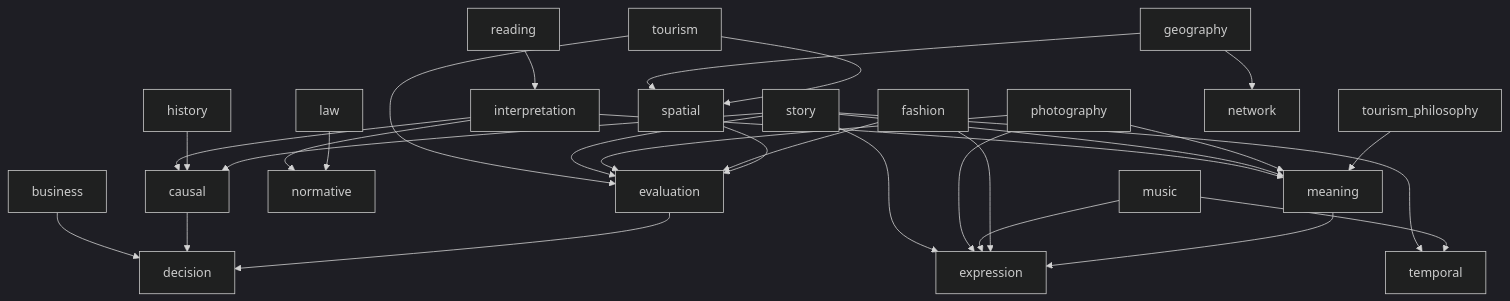
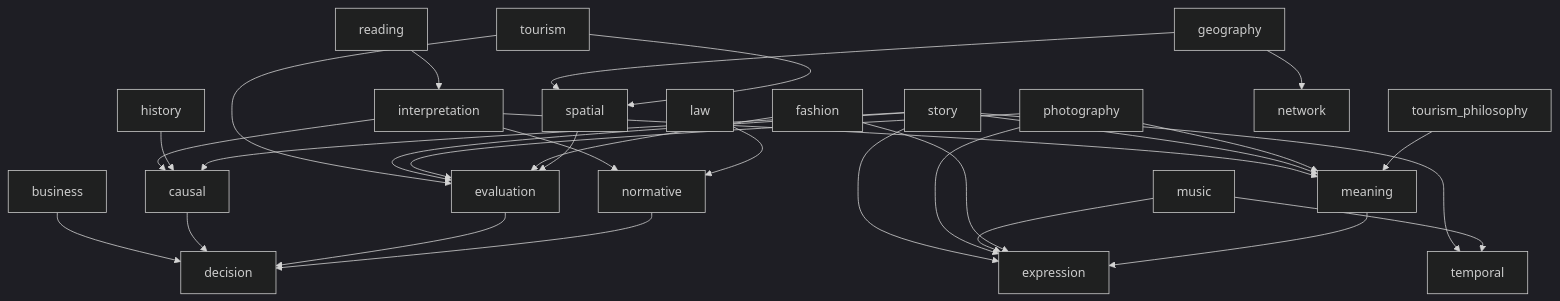
One commit to aokicreativeoffice/AokiCreativeOfficeGTD changed the second of 2 diagrams in 02_zettelkasten/21_domain/00 Domain Routing.md. Above: the diagram before and after it, drawn with Mermaid (dark theme).

Commit message:
vault backup: 2026-03-21 16:00:51

````diff
--- a/02_zettelkasten/21_domain/00 Domain Routing.md
+++ b/02_zettelkasten/21_domain/00 Domain Routing.md
@@ -99,4 +99,5 @@
 EL --> DS  
 MN --> EX  
 SP --> EL
+NM --> DS
 ```
````
